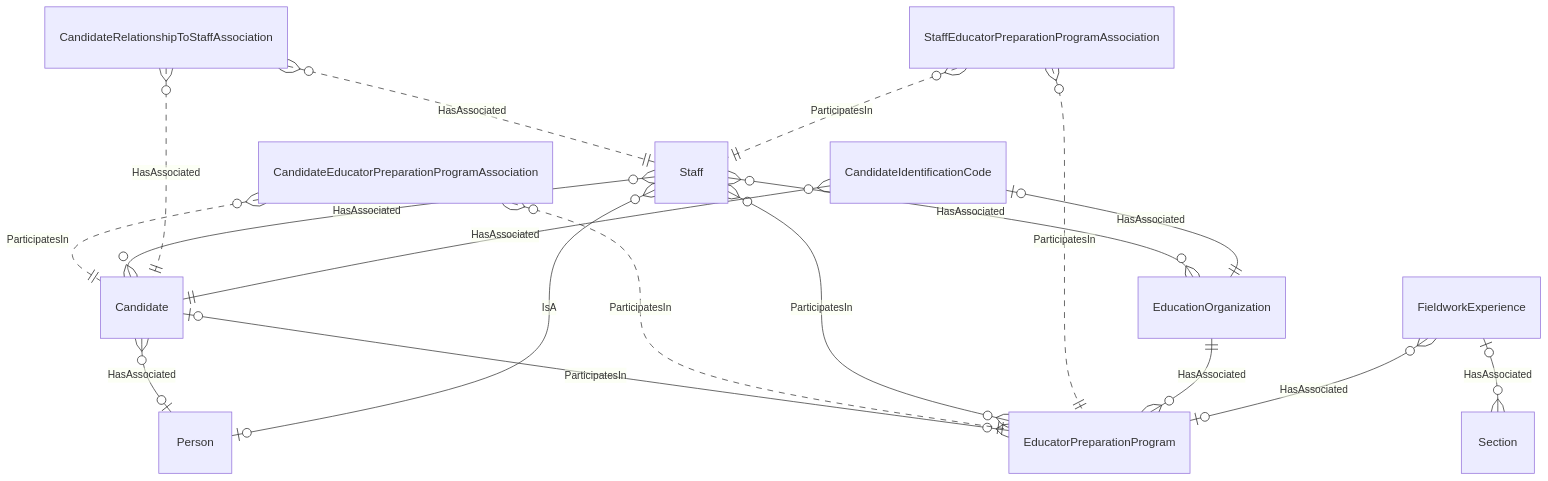
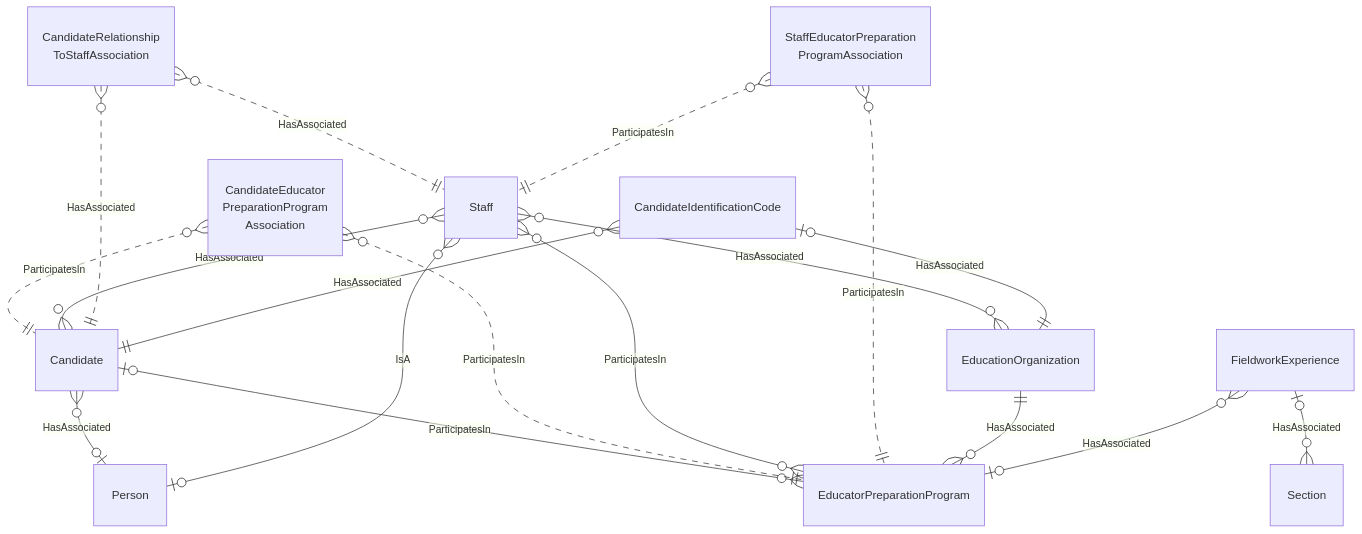
The diagram in dataStandard_versioned_docs/version-6/model-reference/educator-preparation-program-domain/EducatorPreparationProgram-simple.mmd (Ed-Fi-Alliance-OSS/ed-fi-alliance-oss.github.io), drawn with Mermaid before and after one commit. The commit also changed 20 other files, not shown here.

First line of the commit message:
Added Alternate Label Text and Line Breaks to Simple Diagrams

```diff
--- a/dataStandard_versioned_docs/version-6/model-reference/educator-preparation-program-domain/EducatorPreparationProgram-simple.mmd
+++ b/dataStandard_versioned_docs/version-6/model-reference/educator-preparation-program-domain/EducatorPreparationProgram-simple.mmd
@@ -1,40 +1,40 @@
 erDiagram
     Candidate {
     }
     CandidateIdentificationCode {
     }
     EducatorPreparationProgram {
     }
     FieldworkExperience {
     }
-    CandidateEducatorPreparationProgramAssociation {
+    CandidateEducatorPreparationProgramAssociation["CandidateEducator<br/>PreparationProgram<br/>Association"] {
     }
-    CandidateRelationshipToStaffAssociation {
+    CandidateRelationshipToStaffAssociation["CandidateRelationship<br/>ToStaffAssociation"] {
     }
-    StaffEducatorPreparationProgramAssociation {
+    StaffEducatorPreparationProgramAssociation["StaffEducatorPreparation<br/>ProgramAssociation"] {
     }
     Person {
     }
     Staff {
     }
     EducationOrganization {
     }
     Section {
     }
     Candidate }o--o| Person : "HasAssociated"
     Staff }o--o| Person : "IsA"
     Candidate |o--o{ EducatorPreparationProgram : "ParticipatesIn"
     CandidateEducatorPreparationProgramAssociation }o..|| Candidate : "ParticipatesIn"
     CandidateEducatorPreparationProgramAssociation }o..|| EducatorPreparationProgram : "ParticipatesIn"
     Staff }o--o{ Candidate : "HasAssociated"
     CandidateRelationshipToStaffAssociation }o..|| Candidate : "HasAssociated"
     CandidateRelationshipToStaffAssociation }o..|| Staff : "HasAssociated"
     Staff }o--o{ EducatorPreparationProgram : "ParticipatesIn"
     StaffEducatorPreparationProgramAssociation }o..|| Staff : "ParticipatesIn"
     StaffEducatorPreparationProgramAssociation }o..|| EducatorPreparationProgram : "ParticipatesIn"
     EducationOrganization ||--o{ EducatorPreparationProgram : "HasAssociated"
     Staff }o--o{ EducationOrganization : "HasAssociated"
     FieldworkExperience }o--o| EducatorPreparationProgram : "HasAssociated"
     FieldworkExperience |o--o{ Section : "HasAssociated"
     CandidateIdentificationCode }o--|| Candidate : "HasAssociated"
     CandidateIdentificationCode |o--|| EducationOrganization : "HasAssociated"
```
